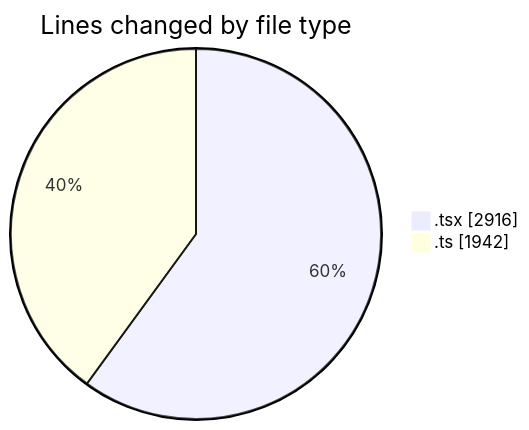
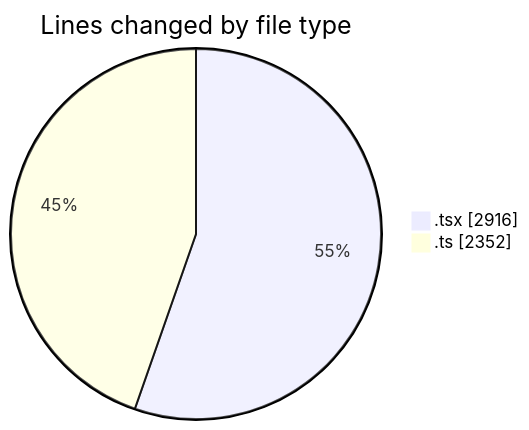
The first of 2 diagrams in 2026-02-20/nxtqube_webapp/README.md (nxtqubesakshisongat/code-tracking), drawn with Mermaid before and after one commit. The commit also changed other lines of this file and 1 other file, not shown here.

````diff
--- a/2026-02-20/nxtqube_webapp/README.md
+++ b/2026-02-20/nxtqube_webapp/README.md
@@ -31,6 +32,6 @@
 ```mermaid
 pie showData
 title Lines changed by file type
 ".tsx" : 2916
-".ts" : 1942
+".ts" : 2352
 ```
````
